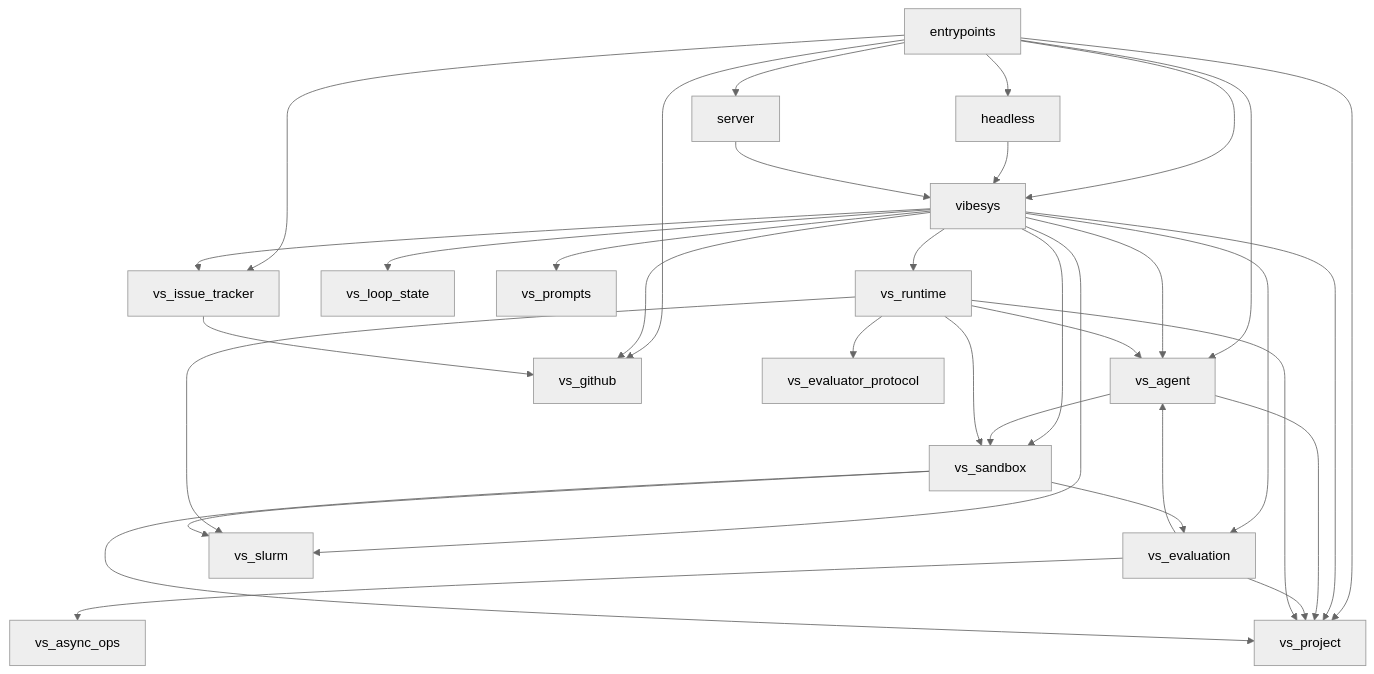
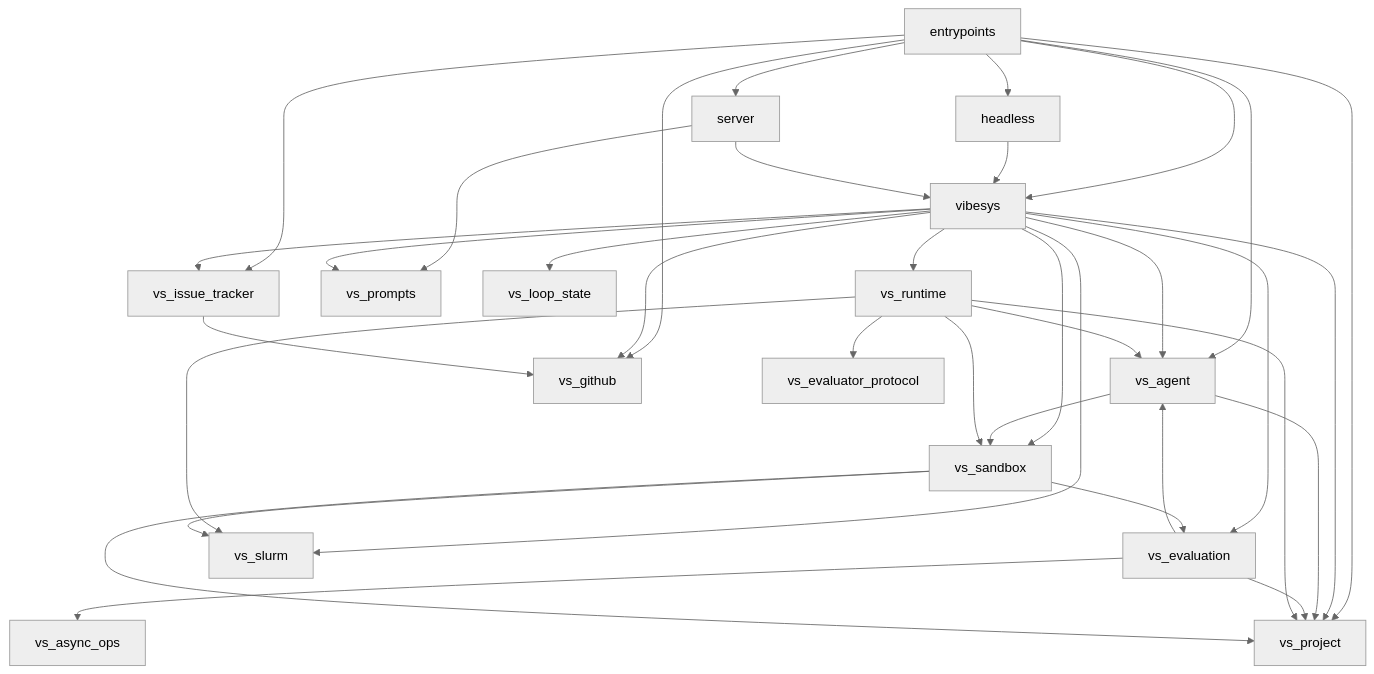
The first of 3 diagrams in docs/contributing/architecture.md (AyanBinRafaih/vibe-serve), drawn with Mermaid (neutral theme) before and after one commit. The commit also changed other lines of this file and 39 other files, not shown here.

````diff
--- a/docs/contributing/architecture.md
+++ b/docs/contributing/architecture.md
@@ -46,36 +46,37 @@
 ```mermaid
 graph TD
     entrypoints --> headless
     entrypoints --> server
     entrypoints --> vibesys
     entrypoints --> vs_agent
     entrypoints --> vs_github
     entrypoints --> vs_issue_tracker
     entrypoints --> vs_project
     headless --> vibesys
     server --> vibesys
+    server --> vs_prompts
     vibesys --> vs_agent
     vibesys --> vs_evaluation
     vibesys --> vs_github
     vibesys --> vs_issue_tracker
     vibesys --> vs_loop_state
     vibesys --> vs_project
     vibesys --> vs_prompts
     vibesys --> vs_runtime
     vibesys --> vs_sandbox
     vibesys --> vs_slurm
     vs_agent --> vs_project
     vs_agent --> vs_sandbox
     vs_evaluation --> vs_agent
     vs_evaluation --> vs_async_ops
     vs_evaluation --> vs_project
     vs_issue_tracker --> vs_github
     vs_runtime --> vs_agent
     vs_runtime --> vs_evaluator_protocol
     vs_runtime --> vs_project
     vs_runtime --> vs_sandbox
     vs_runtime --> vs_slurm
     vs_sandbox --> vs_evaluation
     vs_sandbox --> vs_project
     vs_sandbox --> vs_slurm
 ```
````
